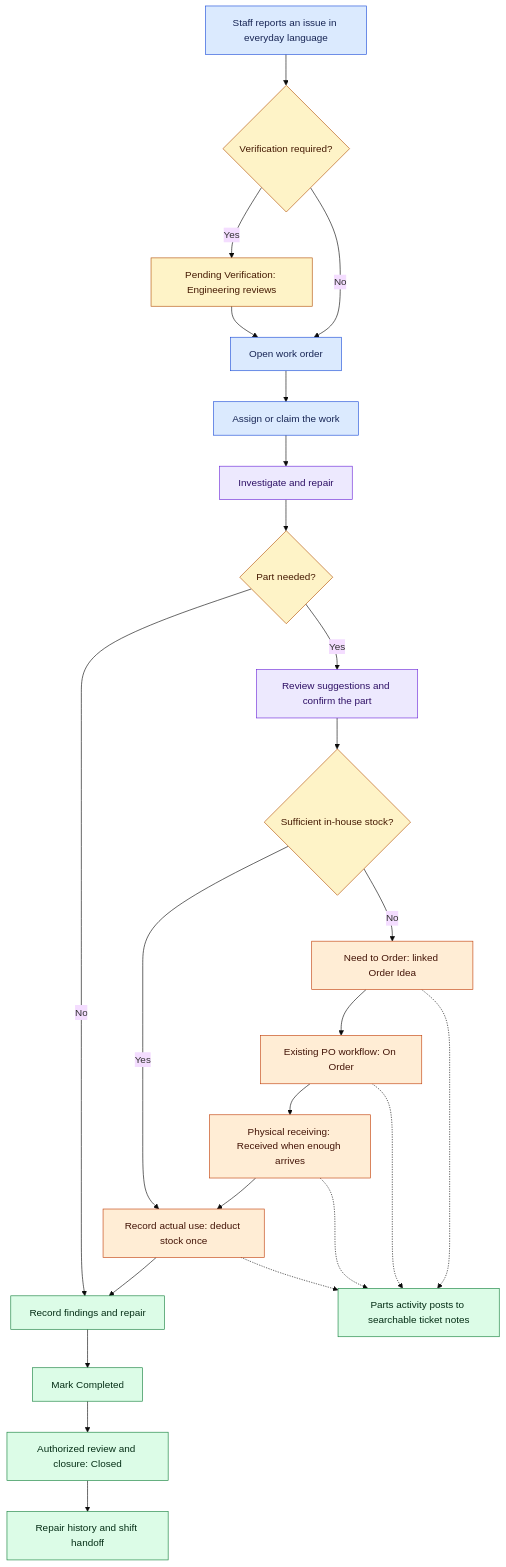
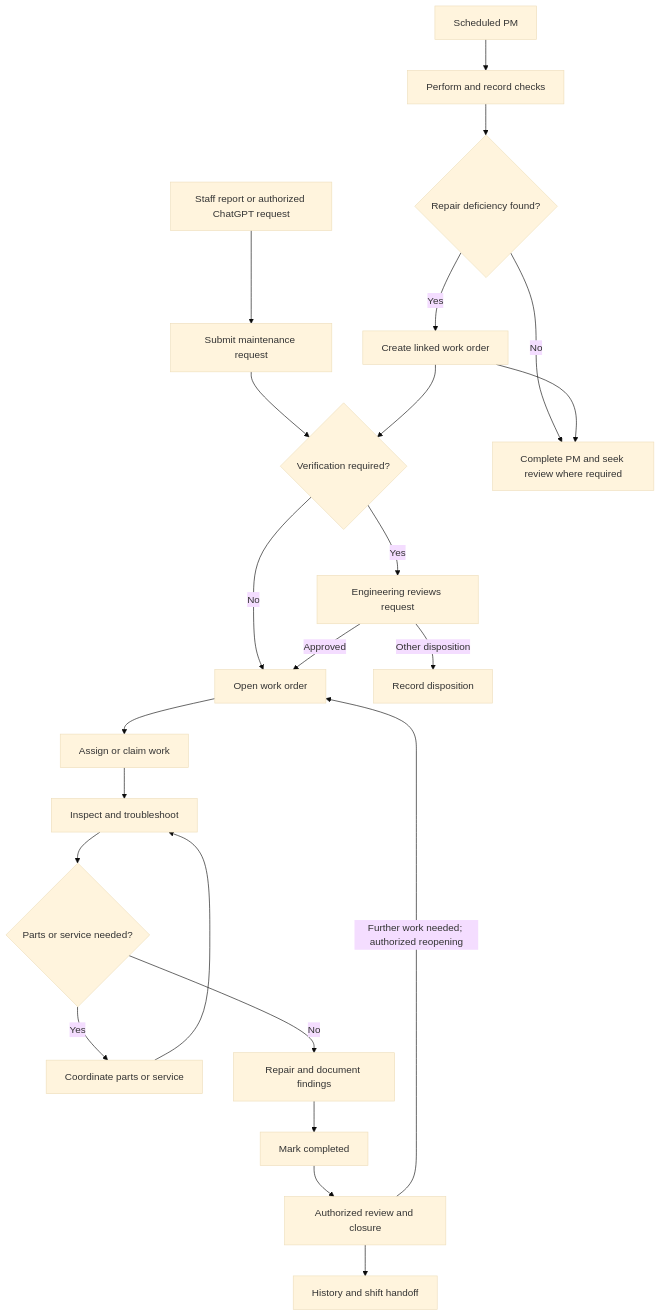
Before and after one commit to pickeringscott/CMPRI-Engineering-Overview: the diagram in README.md, drawn with Mermaid (base theme). The commit also changed other lines of this file, not shown here.

````diff
--- a/README.md
+++ b/README.md
@@ -73,37 +42,25 @@
 ```mermaid
 flowchart TD
-    R["Staff reports an issue in everyday language"] --> V{"Verification required?"}
-    V -->|Yes| PV["Pending Verification: Engineering reviews"]
-    V -->|No| O["Open work order"]
-    PV --> O
-    O --> A["Assign or claim the work"]
-    A --> D["Investigate and repair"]
-    D --> P{"Part needed?"}
-    P -->|No| F["Record findings and repair"]
-    P -->|Yes| S["Review suggestions and confirm the part"]
-    S --> H{"Sufficient in-house stock?"}
-    H -->|Yes| U["Record actual use: deduct stock once"]
-    H -->|No| I["Need to Order: linked Order Idea"]
-    I --> PO["Existing PO workflow: On Order"]
-    PO --> RC["Physical receiving: Received when enough arrives"]
-    RC --> U
-    U --> F
-    F --> C["Mark Completed"]
-    C --> CL["Authorized review and closure: Closed"]
-    CL --> HAND["Repair history and shift handoff"]
-    I -.-> N["Parts activity posts to searchable ticket notes"]
-    PO -.-> N
-    RC -.-> N
-    U -.-> N
-
-    classDef report fill:#DBEAFE,stroke:#1D4ED8,color:#172554
-    classDef review fill:#FEF3C7,stroke:#B45309,color:#451A03
-    classDef repair fill:#EDE9FE,stroke:#6D28D9,color:#2E1065
-    classDef supplies fill:#FFEDD5,stroke:#C2410C,color:#431407
-    classDef done fill:#DCFCE7,stroke:#15803D,color:#052E16
-    class R,O,A report
-    class V,PV,P,H review
-    class D,S repair
-    class I,PO,RC,U supplies
-    class F,C,CL,HAND,N done
+    A[Staff report or authorized ChatGPT request] --> B[Submit maintenance request]
+    B --> C{Verification required?}
+    C -->|Yes| D[Engineering reviews request]
+    C -->|No| E[Open work order]
+    D -->|Approved| E
+    D -->|Other disposition| X[Record disposition]
+    E --> F[Assign or claim work]
+    F --> G[Inspect and troubleshoot]
+    G --> H{Parts or service needed?}
+    H -->|Yes| I[Coordinate parts or service]
+    I --> G
+    H -->|No| J[Repair and document findings]
+    J --> K[Mark completed]
+    K --> L[Authorized review and closure]
+    L --> M[History and shift handoff]
+    L -->|Further work needed; authorized reopening| E
+    P[Scheduled PM] --> Q[Perform and record checks]
+    Q --> R{Repair deficiency found?}
+    R -->|Yes| S[Create linked work order]
+    S --> C
+    R -->|No| T[Complete PM and seek review where required]
+    S --> T
 ```
````
